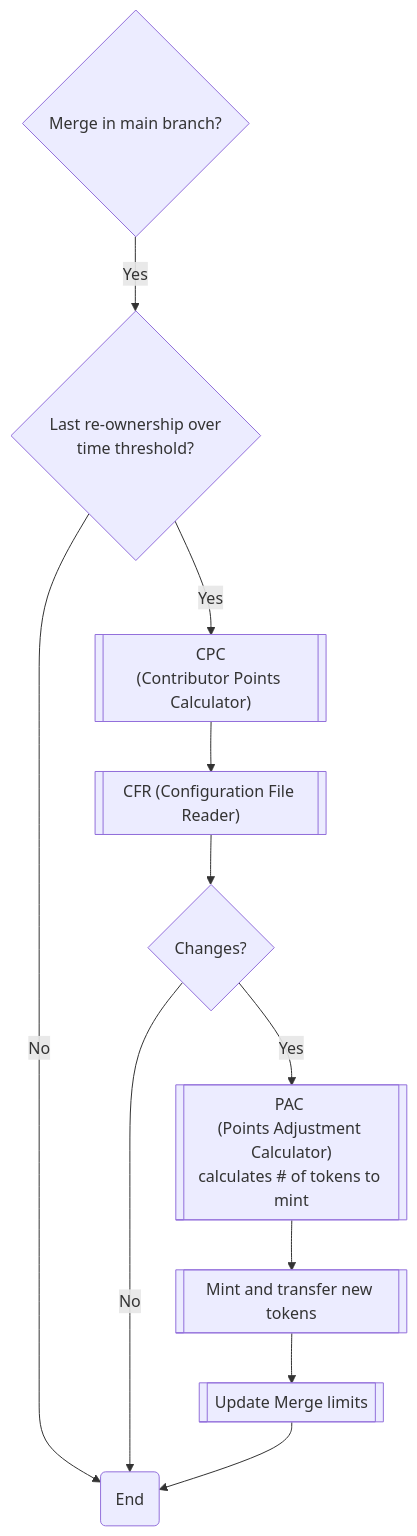
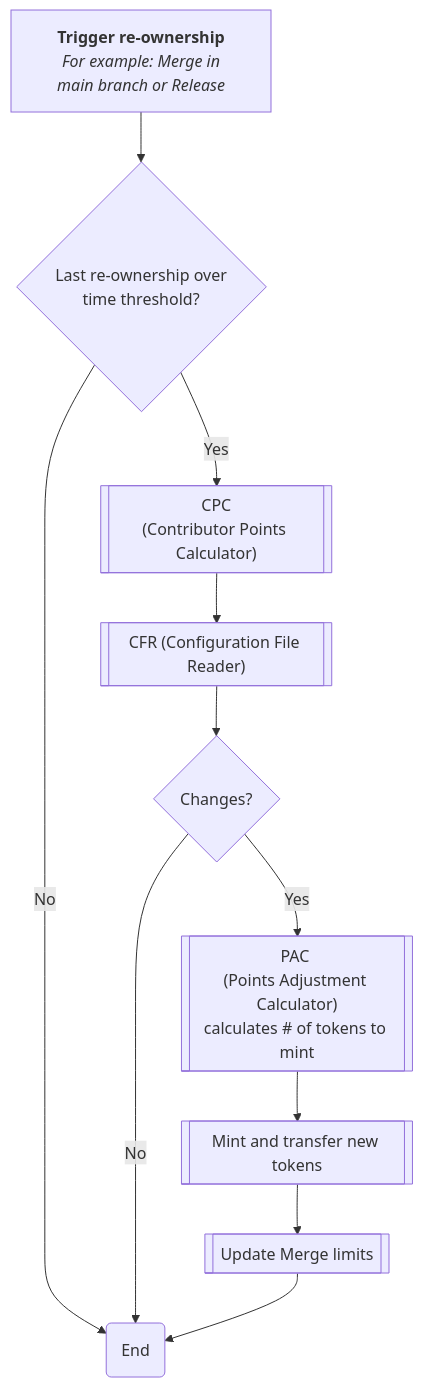
One commit to treboryatska/gitdao changed the fourth of 6 diagrams in README.md. Above: the diagram before and after it, drawn with Mermaid. The commit also changed other lines of this file, not shown here.

````diff
--- a/README.md
+++ b/README.md
@@ -124,21 +124,21 @@
 ```mermaid
 graph TD;
     CFR[["CFR (Configuration File Reader)"]]
     CPC[["CPC<br>(Contributor Points Calculator)"]]
     CChanges{Changes?}
     Z[["Update Merge limits"]]
     End(End)
 
-    A{"Merge in main branch?"}
+    A["<b>Trigger re-ownership</b><br><i> For example: Merge in main branch or Release</i>"]
     B{"Last re-ownership over<br>time threshold?"}
     B --> |No| End
     B --> |Yes| CPC
-    A--> |Yes|B
+    A--> B
     CPC --> CFR
     CFR --> CChanges
     CChanges -->|No| End
     CChanges -->|Yes| PAC
     PAC[[" PAC <br>(Points Adjustment Calculator)<br>calculates # of tokens to mint"]]--> Mint
     Mint[[Mint and transfer new tokens]] --> Z
     Z --> End
 ```
````
